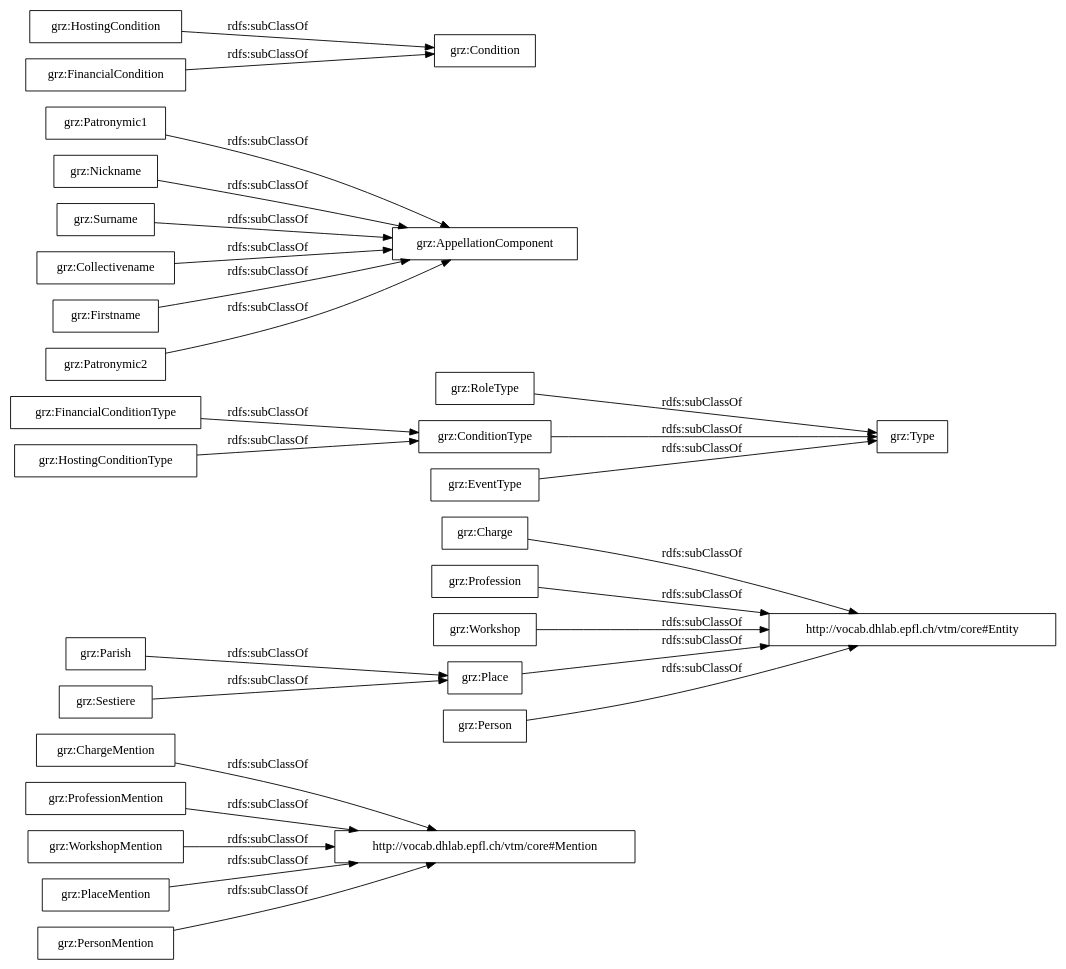
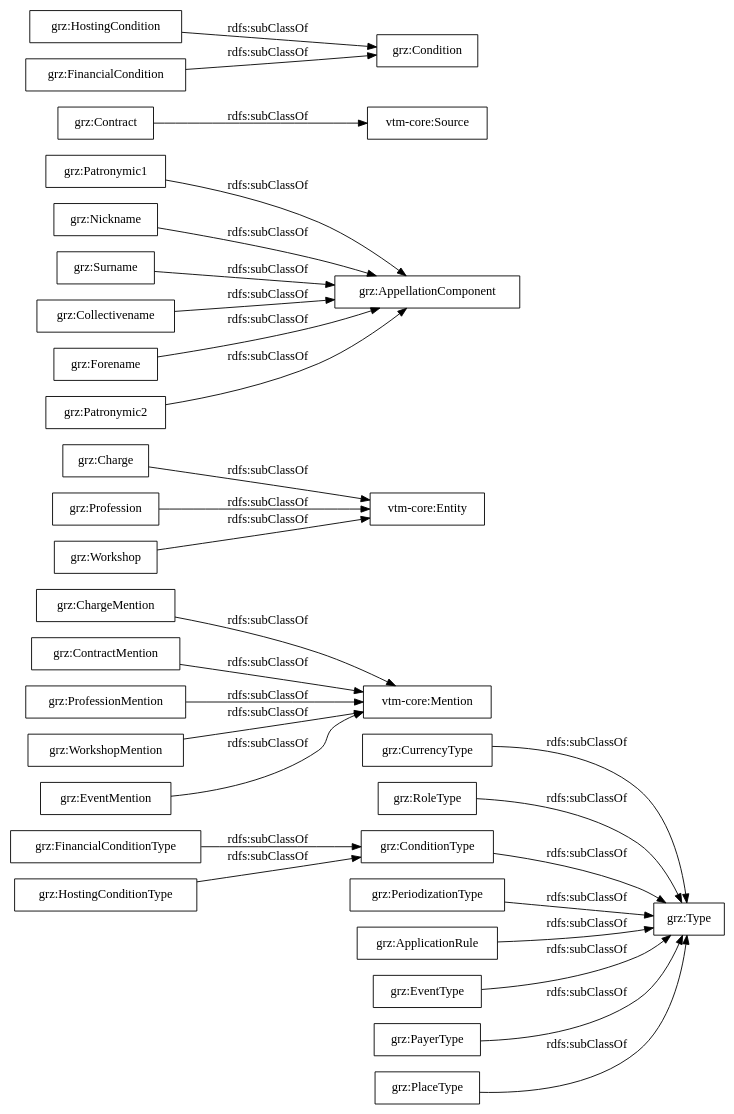
The diagram in OnToology/ontology/garzoni.owl/diagrams/ar2dtool-taxonomy/garzoni.owl.png.dot (OnToologyUser/ontology-garzoni), drawn with Graphviz before and after one commit. The commit also changed 7 other files, not shown here.

```diff
--- a/OnToology/ontology/garzoni.owl/diagrams/ar2dtool-taxonomy/garzoni.owl.png.dot
+++ b/OnToology/ontology/garzoni.owl/diagrams/ar2dtool-taxonomy/garzoni.owl.png.dot
@@ -1,31 +1,33 @@
 digraph ar2dtool_diagram { 
 rankdir=LR;
 size="1000"
-node [shape = rectangle, color="black"]; "grz:ChargeMention" "grz:Charge" "grz:RoleType" "grz:Profession" "grz:Patronymic1" "grz:FinancialConditionType" "grz:ProfessionMention" "grz:ConditionType" "grz:Workshop" "grz:Type" "grz:Nickname" "http://vocab.dhlab.epfl.ch/vtm/core#Mention" "grz:WorkshopMention" "grz:Surname" "grz:AppellationComponent" "grz:PlaceMention" "grz:Collectivename" "http://vocab.dhlab.epfl.ch/vtm/core#Entity" "grz:EventType" "grz:HostingCondition" "grz:PersonMention" "grz:Condition" "grz:FinancialCondition" "grz:Parish" "grz:Place" "grz:HostingConditionType" "grz:Firstname" "grz:Person" "grz:Sestiere" "grz:Patronymic2" ; /*classes style*/
+node [shape = rectangle, color="black"]; "grz:CurrencyType" "grz:ChargeMention" "grz:Charge" "grz:RoleType" "grz:Profession" "grz:Patronymic1" "grz:FinancialConditionType" "grz:ContractMention" "grz:ProfessionMention" "grz:ConditionType" "grz:Workshop" "grz:Type" "grz:PeriodizationType" "grz:Nickname" "grz:WorkshopMention" "grz:Surname" "grz:EventMention" "grz:AppellationComponent" "grz:ApplicationRule" "grz:Collectivename" "grz:EventType" "grz:Contract" "grz:HostingCondition" "grz:FinancialCondition" "grz:Condition" "grz:HostingConditionType" "grz:PayerType" "grz:Forename" "grz:PlaceType" "grz:Patronymic2" ; /*classes style*/
 	"grz:FinancialConditionType" -> "grz:ConditionType" [ label = "rdfs:subClassOf" ];
 	"grz:Nickname" -> "grz:AppellationComponent" [ label = "rdfs:subClassOf" ];
-	"grz:Person" -> "http://vocab.dhlab.epfl.ch/vtm/core#Entity" [ label = "rdfs:subClassOf" ];
-	"grz:Profession" -> "http://vocab.dhlab.epfl.ch/vtm/core#Entity" [ label = "rdfs:subClassOf" ];
+	"grz:Contract" -> "vtm-core:Source" [ label = "rdfs:subClassOf" ];
+	"grz:Profession" -> "vtm-core:Entity" [ label = "rdfs:subClassOf" ];
 	"grz:Collectivename" -> "grz:AppellationComponent" [ label = "rdfs:subClassOf" ];
-	"grz:WorkshopMention" -> "http://vocab.dhlab.epfl.ch/vtm/core#Mention" [ label = "rdfs:subClassOf" ];
+	"grz:WorkshopMention" -> "vtm-core:Mention" [ label = "rdfs:subClassOf" ];
+	"grz:HostingConditionType" -> "grz:ConditionType" [ label = "rdfs:subClassOf" ];
 	"grz:FinancialCondition" -> "grz:Condition" [ label = "rdfs:subClassOf" ];
-	"grz:HostingConditionType" -> "grz:ConditionType" [ label = "rdfs:subClassOf" ];
-	"grz:Firstname" -> "grz:AppellationComponent" [ label = "rdfs:subClassOf" ];
 	"grz:EventType" -> "grz:Type" [ label = "rdfs:subClassOf" ];
+	"grz:PayerType" -> "grz:Type" [ label = "rdfs:subClassOf" ];
 	"grz:RoleType" -> "grz:Type" [ label = "rdfs:subClassOf" ];
+	"grz:CurrencyType" -> "grz:Type" [ label = "rdfs:subClassOf" ];
 	"grz:Surname" -> "grz:AppellationComponent" [ label = "rdfs:subClassOf" ];
-	"grz:Sestiere" -> "grz:Place" [ label = "rdfs:subClassOf" ];
-	"grz:Charge" -> "http://vocab.dhlab.epfl.ch/vtm/core#Entity" [ label = "rdfs:subClassOf" ];
-	"grz:Parish" -> "grz:Place" [ label = "rdfs:subClassOf" ];
-	"grz:PlaceMention" -> "http://vocab.dhlab.epfl.ch/vtm/core#Mention" [ label = "rdfs:subClassOf" ];
-	"grz:PersonMention" -> "http://vocab.dhlab.epfl.ch/vtm/core#Mention" [ label = "rdfs:subClassOf" ];
+	"grz:PeriodizationType" -> "grz:Type" [ label = "rdfs:subClassOf" ];
+	"grz:Charge" -> "vtm-core:Entity" [ label = "rdfs:subClassOf" ];
 	"grz:Patronymic2" -> "grz:AppellationComponent" [ label = "rdfs:subClassOf" ];
+	"grz:EventMention" -> "vtm-core:Mention" [ label = "rdfs:subClassOf" ];
+	"grz:ApplicationRule" -> "grz:Type" [ label = "rdfs:subClassOf" ];
+	"grz:ContractMention" -> "vtm-core:Mention" [ label = "rdfs:subClassOf" ];
 	"grz:ConditionType" -> "grz:Type" [ label = "rdfs:subClassOf" ];
-	"grz:ChargeMention" -> "http://vocab.dhlab.epfl.ch/vtm/core#Mention" [ label = "rdfs:subClassOf" ];
-	"grz:Place" -> "http://vocab.dhlab.epfl.ch/vtm/core#Entity" [ label = "rdfs:subClassOf" ];
+	"grz:Forename" -> "grz:AppellationComponent" [ label = "rdfs:subClassOf" ];
+	"grz:ChargeMention" -> "vtm-core:Mention" [ label = "rdfs:subClassOf" ];
 	"grz:Patronymic1" -> "grz:AppellationComponent" [ label = "rdfs:subClassOf" ];
 	"grz:HostingCondition" -> "grz:Condition" [ label = "rdfs:subClassOf" ];
-	"grz:ProfessionMention" -> "http://vocab.dhlab.epfl.ch/vtm/core#Mention" [ label = "rdfs:subClassOf" ];
-	"grz:Workshop" -> "http://vocab.dhlab.epfl.ch/vtm/core#Entity" [ label = "rdfs:subClassOf" ];
+	"grz:ProfessionMention" -> "vtm-core:Mention" [ label = "rdfs:subClassOf" ];
+	"grz:PlaceType" -> "grz:Type" [ label = "rdfs:subClassOf" ];
+	"grz:Workshop" -> "vtm-core:Entity" [ label = "rdfs:subClassOf" ];
 
 }
```
